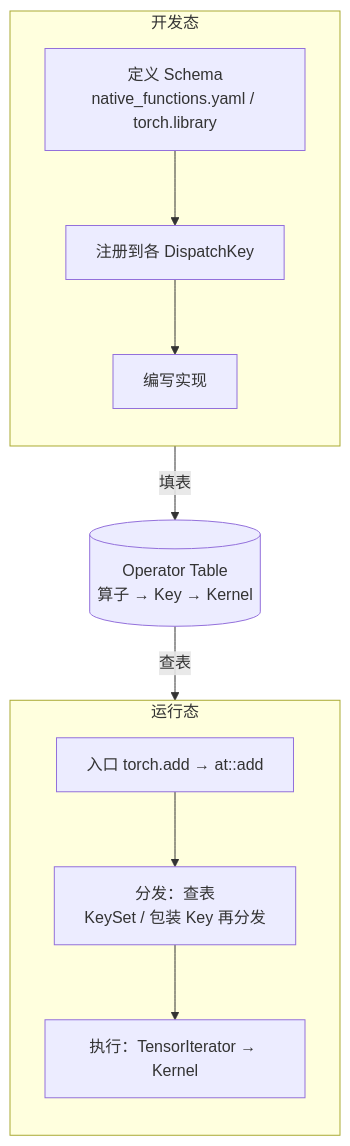
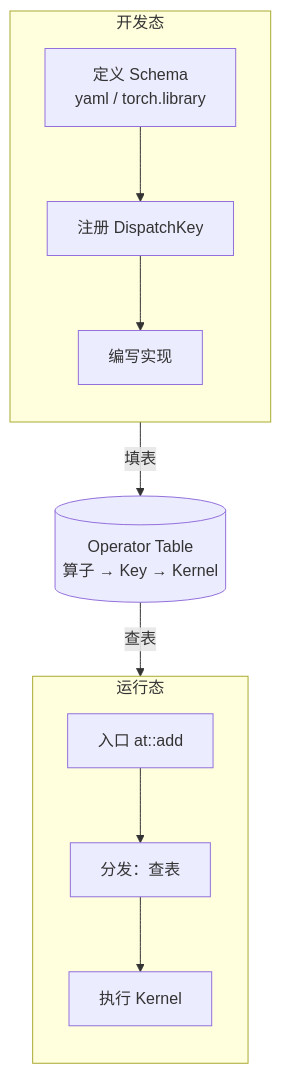
The fifth of 7 diagrams in slides/2026-02-26-deep-dive-into-pytorch.md (arganzheng/arganzheng.github.com), drawn with Mermaid before and after one commit. The commit also changed other lines of this file, not shown here.

Commit message:
slides/deep-dive-into-pytorch: cut/shorten mermaid diagrams below 14px rendered text (check-render smalltext/overlap)

````diff
--- a/slides/2026-02-26-deep-dive-into-pytorch.md
+++ b/slides/2026-02-26-deep-dive-into-pytorch.md
@@ -181,14 +181,14 @@
 ```mermaid
 %%{init: {"flowchart": {"wrappingWidth": 200}}}%%
 flowchart TB
     subgraph DEV["开发态"]
         direction TB
-        A1["定义 Schema<br/>native_functions.yaml / torch.library"] --> A2["注册到各 DispatchKey"] --> A3["编写实现"]
+        A1["定义 Schema<br/>yaml / torch.library"] --> A2["注册 DispatchKey"] --> A3["编写实现"]
     end
     OT[("Operator Table<br/>算子 → Key → Kernel")]
     subgraph RUN["运行态"]
         direction TB
-        B1["入口 torch.add → at::add"] --> B2["分发：查表<br/>KeySet / 包装 Key 再分发"] --> B3["执行：TensorIterator → Kernel"]
+        B1["入口 at::add"] --> B2["分发：查表"] --> B3["执行 Kernel"]
     end
     A2 -->|填表| OT -->|查表| B2
 ```
````
